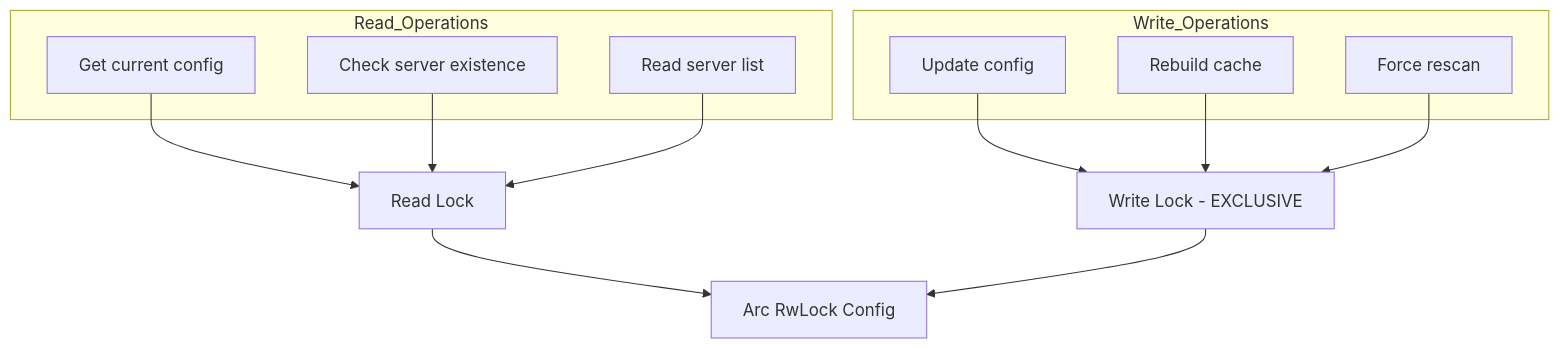
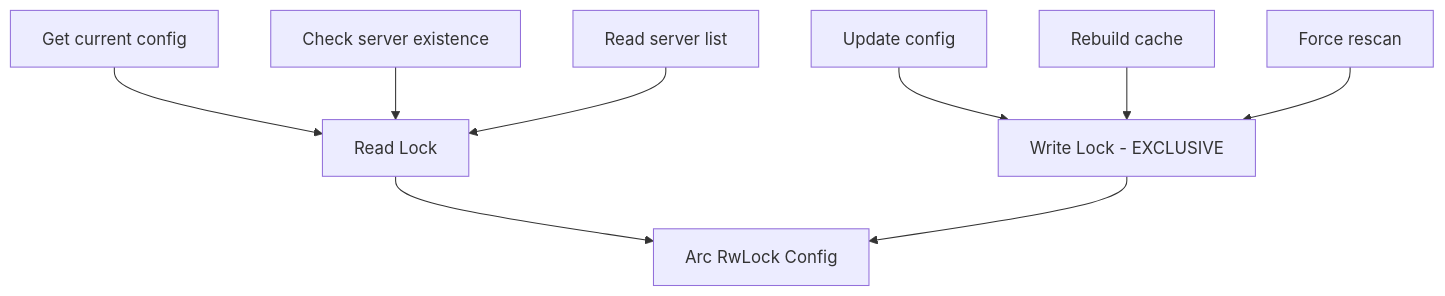
The tenth of 10 diagrams in crates/watcher/docs/architecture.md (Lighty-Launcher/LightyUpdater), drawn with Mermaid before and after one commit. The commit also changed other lines of this file and 33 other files, not shown here.

Commit message:
improve docs with mermaid implémentation for gitbook

````diff
--- a/crates/watcher/docs/architecture.md
+++ b/crates/watcher/docs/architecture.md
@@ -369,26 +347,12 @@
 ```mermaid
-graph TB
-    subgraph Read_Operations
-        R1[Get current config]
-        R2[Check server existence]
-        R3[Read server list]
-    end
+flowchart TB
+    R1[Get current config] --> ReadLock[Read Lock]
+    R2[Check server existence] --> ReadLock
+    R3[Read server list] --> ReadLock
+    ReadLock --> RwLock[Arc RwLock Config]
 
-    subgraph Write_Operations
-        W1[Update config]
-        W2[Rebuild cache]
-        W3[Force rescan]
-    end
-
-    RwLock[Arc RwLock Config]
-
-    R1 --> ReadLock[Read Lock]
-    R2 --> ReadLock
-    R3 --> ReadLock
-    ReadLock --> RwLock
-
-    W1 --> WriteLock[Write Lock - EXCLUSIVE]
-    W2 --> WriteLock
-    W3 --> WriteLock
+    W1[Update config] --> WriteLock[Write Lock - EXCLUSIVE]
+    W2[Rebuild cache] --> WriteLock
+    W3[Force rescan] --> WriteLock
     WriteLock --> RwLock
 ```
````
